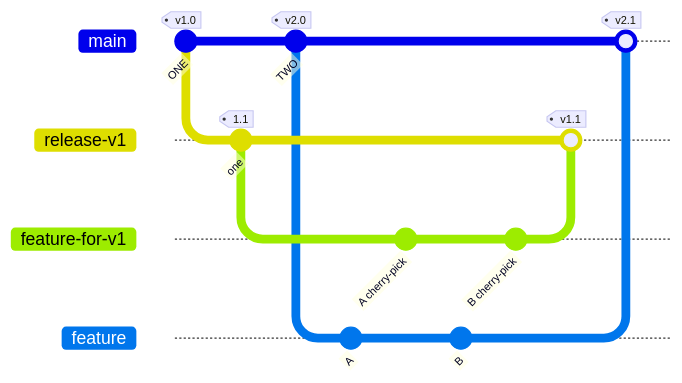
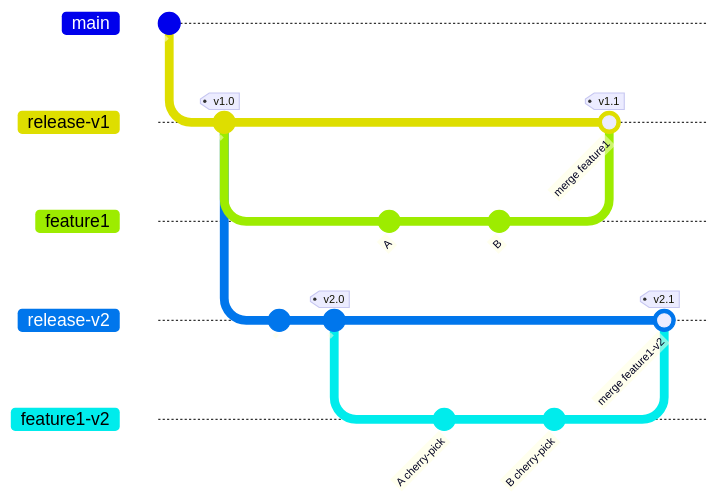
The fourth of 5 diagrams in README.md (louisrubet/simplest-git-branching-model), drawn with Mermaid before and after one commit. The commit also changed other lines of this file, not shown here.

Commit message:
Cleaner release branches, remove commits labels

````diff
--- a/README.md
+++ b/README.md
@@ -106,23 +107,23 @@
 ```mermaid
 gitGraph
-    commit id: "ONE" tag: "v1.0"
-    checkout main
+    commit id: " "
     branch release-v1
-    commit id: "one" tag: "1.1"
-    branch feature-for-v1
-    checkout main
-    commit id: "TWO" tag: "v2.0"
-    checkout main    
-    branch feature
+    commit id: "  " tag: "v1.0"
+    branch feature1
+    branch release-v2
+    commit id: "   "
+    commit id: "    " tag: "v2.0"
+    branch feature1-v2
+    checkout feature1
     commit id: "A"
-    checkout feature-for-v1
+    checkout feature1-v2
     commit id: "A cherry-pick"
-    checkout feature
+    checkout feature1
     commit id: "B"
-    checkout feature-for-v1
+    checkout feature1-v2
     commit id: "B cherry-pick"
     checkout release-v1
-    merge feature-for-v1 tag: "v1.1"
-    checkout main
-    merge feature tag: "v2.1"
+    merge feature1 id: "merge feature1" tag: "v1.1"
+    checkout release-v2
+    merge feature1-v2 id: "merge feature1-v2" tag: "v2.1"
 ```
````
